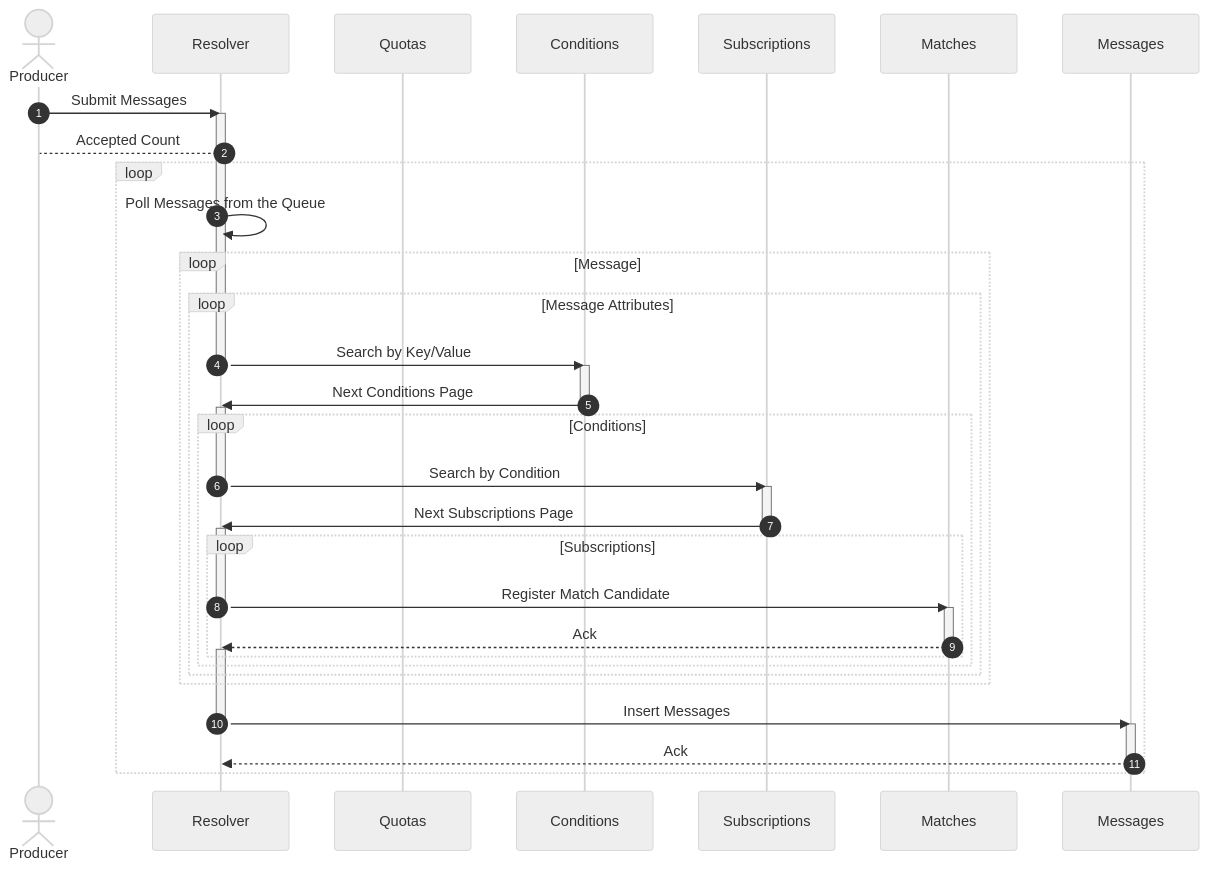
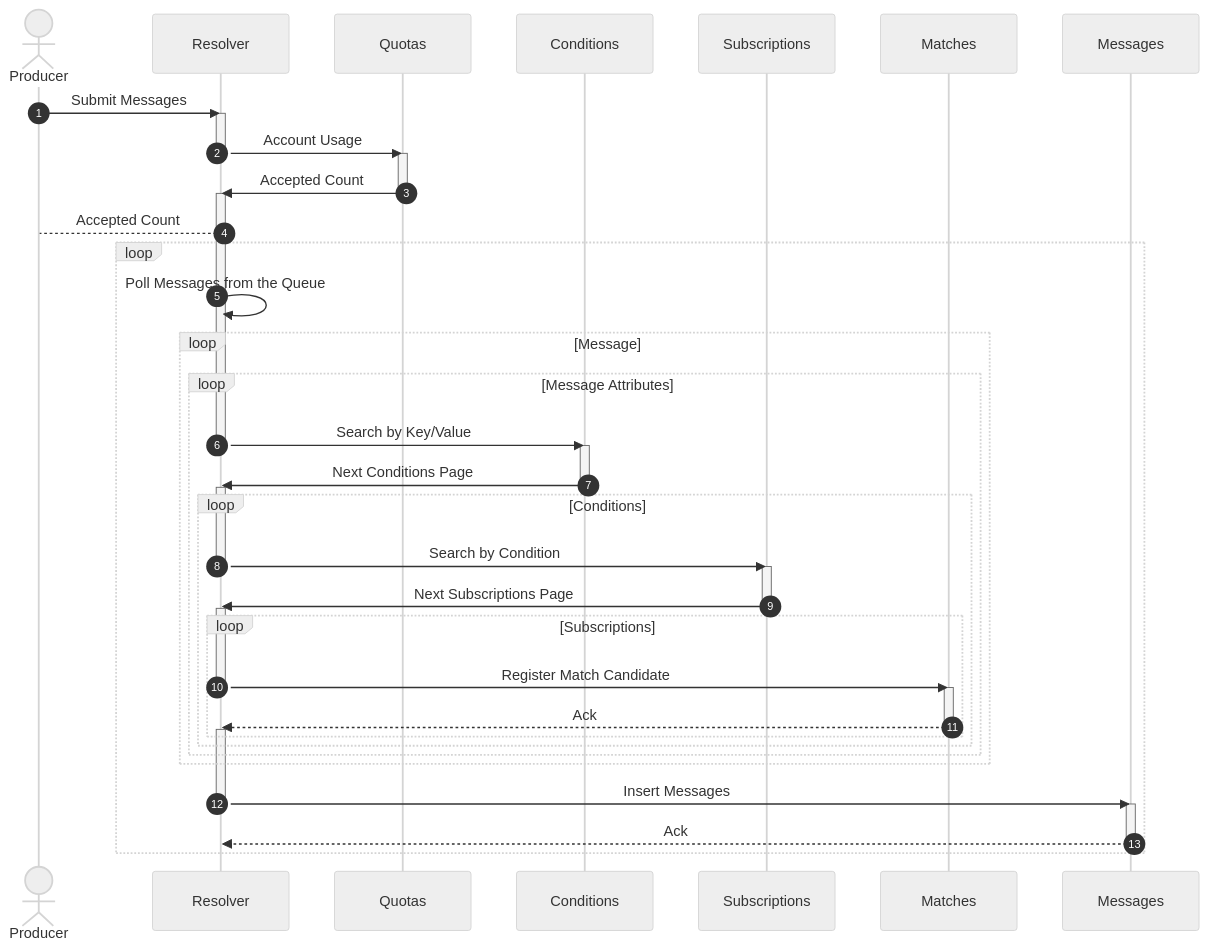
Before and after one commit to awakari/.github: the first of 2 diagrams in profile/README.md, drawn with Mermaid.

Commit message:
readme update

````diff
--- a/profile/README.md
+++ b/profile/README.md
@@ -122,69 +122,78 @@
 ```mermaid
 %%{init: {'theme': 'neutral' } }%%
 sequenceDiagram
 
     autonumber
 
     actor Producer
     participant Resolver
     participant Quotas
     participant Conditions
     participant Subscriptions
     participant Matches
     participant Messages
 
     Producer->>Resolver: Submit Messages
+    
+    activate Resolver
+    Resolver->>Quotas: Account Usage
+    deactivate Resolver
+    
+    activate Quotas 
+    Quotas->>Resolver: Accepted Count
+    deactivate Quotas
+    
     activate Resolver
     Resolver-->Producer: Accepted Count
     
     loop
     
         Resolver->>Resolver: Poll Messages from the Queue
         loop Message
         
             loop Message Attributes
             
                 Resolver->>Conditions: Search by Key/Value
                 deactivate Resolver
                 
                 activate Conditions
                 Conditions->>Resolver: Next Conditions Page
                 deactivate Conditions
                 
                 activate Resolver
                 loop Conditions
                     
                     Resolver->>Subscriptions: Search by Condition
                     deactivate Resolver
                     
                     activate Subscriptions
                     Subscriptions->>Resolver: Next Subscriptions Page
                     deactivate Subscriptions
                     
                     activate Resolver
                     loop Subscriptions
                         
                         Resolver->>Matches: Register Match Candidate
                         deactivate Resolver
                         
                         activate Matches
                         Matches-->>Resolver: Ack
                         deactivate Matches
                         
                         activate Resolver
                         
                     end
                 end
             end
         end
         
         Resolver->>Messages: Insert Messages
         deactivate Resolver
         
         activate Messages
         Messages-->>Resolver: Ack
         deactivate Messages
         
         activate Resolver
     end
 ```
````
